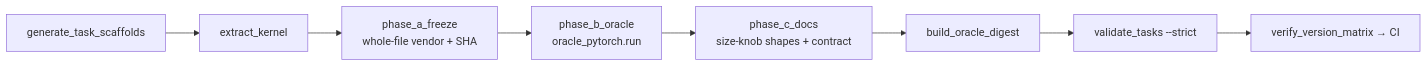
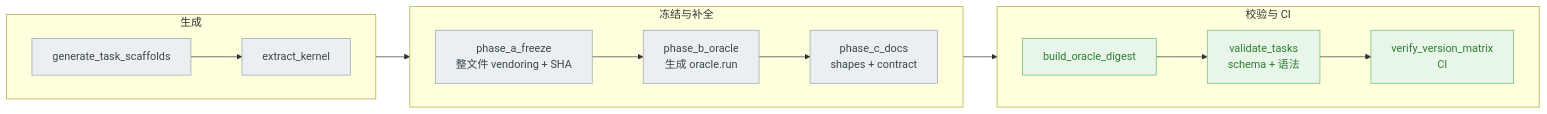
The ninth of 11 diagrams in docs/DESIGN.md (Gxj230958/TritonAscendBench), drawn with Mermaid before and after one commit. The commit also changed other lines of this file and 243 other files, not shown here.

````diff
--- a/docs/DESIGN.md
+++ b/docs/DESIGN.md
@@ -441,10 +552,23 @@
 ```mermaid
 flowchart LR
-    A["generate_task_scaffolds"] --> B["extract_kernel"]
-    B --> C["phase_a_freeze<br/>whole-file vendor + SHA"]
-    C --> D["phase_b_oracle<br/>oracle_pytorch.run"]
-    D --> E["phase_c_docs<br/>size-knob shapes + contract"]
-    E --> F["build_oracle_digest"]
-    F --> G["validate_tasks --strict"]
-    G --> H["verify_version_matrix → CI"]
+    subgraph GEN["生成"]
+        direction LR
+        A["generate_task_scaffolds"] --> B["extract_kernel"]
+    end
+    subgraph FREEZE["冻结与补全"]
+        direction LR
+        B --> C["phase_a_freeze<br/>整文件 vendoring + SHA"]
+        C --> D["phase_b_oracle<br/>生成 oracle.run"]
+        D --> E["phase_c_docs<br/>shapes + contract"]
+    end
+    subgraph CHECK["校验与 CI"]
+        direction LR
+        E --> F["build_oracle_digest"]
+        F --> G["validate_tasks<br/>schema + 语法"]
+        G --> H["verify_version_matrix<br/>CI"]
+    end
+    classDef provider fill:#ECEFF1,stroke:#90A4AE,color:#37474F;
+    classDef check fill:#E8F5E9,stroke:#66BB6A,color:#2E7D32;
+    class A,B,C,D,E provider;
+    class F,G,H check;
 ```
````
